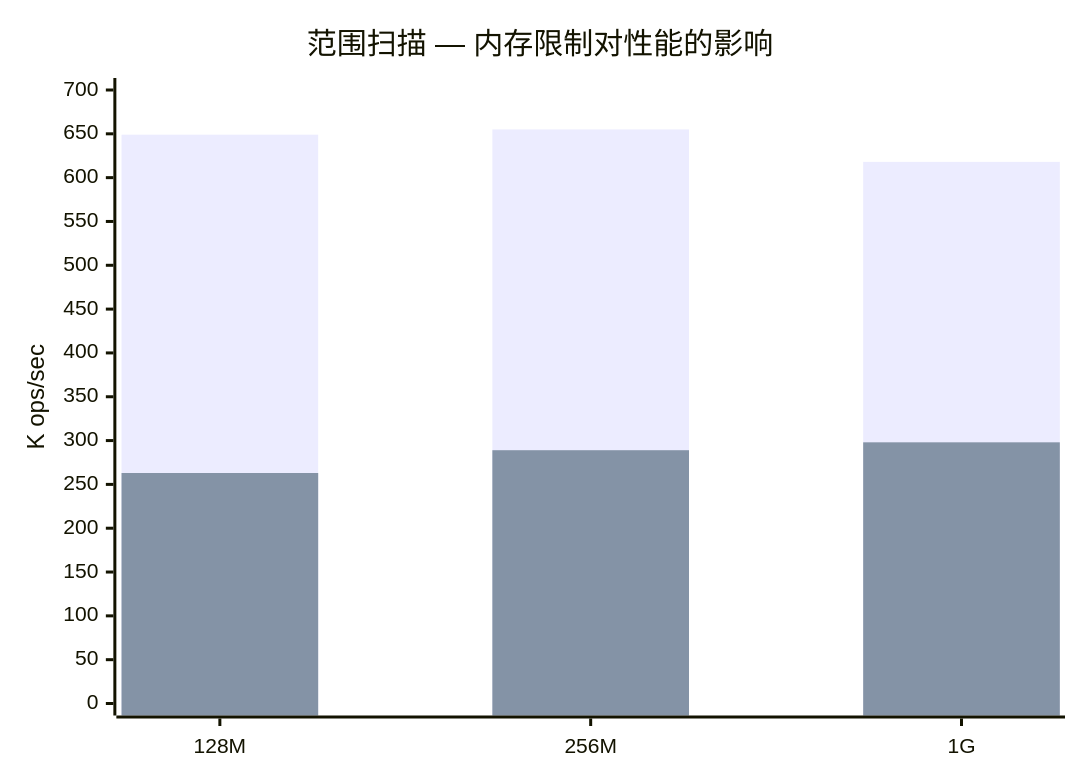
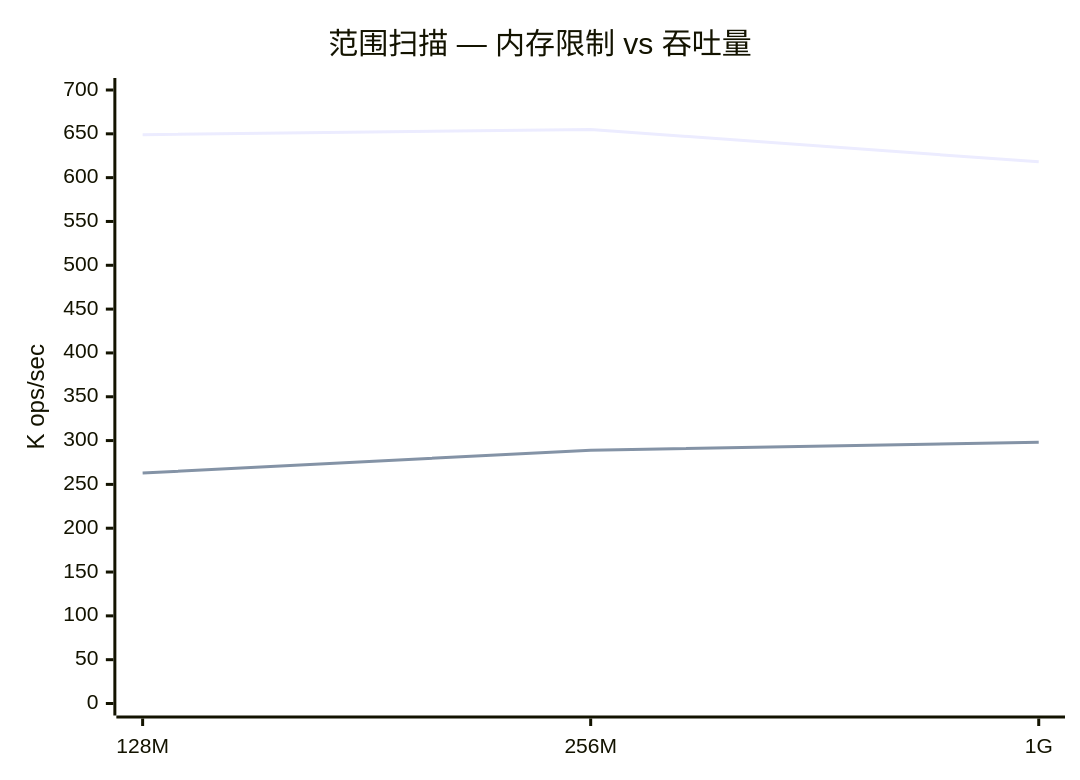
The fourth of 16 diagrams in packages/db-bench/README.md (bangbang93/playground.js), drawn with Mermaid before and after one commit. The commit also changed other lines of this file, not shown here.

First line of the commit message:
docs(db-bench): replace stacked bars with ratio lines in Mermaid charts

````diff
--- a/packages/db-bench/README.md
+++ b/packages/db-bench/README.md
@@ -223,8 +222,8 @@
 ```mermaid
 xychart-beta
-    title "范围扫描 — 内存限制对性能的影响"
+    title "范围扫描 — 内存限制 vs 吞吐量"
     x-axis ["128M", "256M", "1G"]
     y-axis "K ops/sec" 0 --> 700
-    bar [649, 655, 618]
-    bar [263, 289, 298]
+    line [649, 655, 618]
+    line [263, 289, 298]
 ```
````
